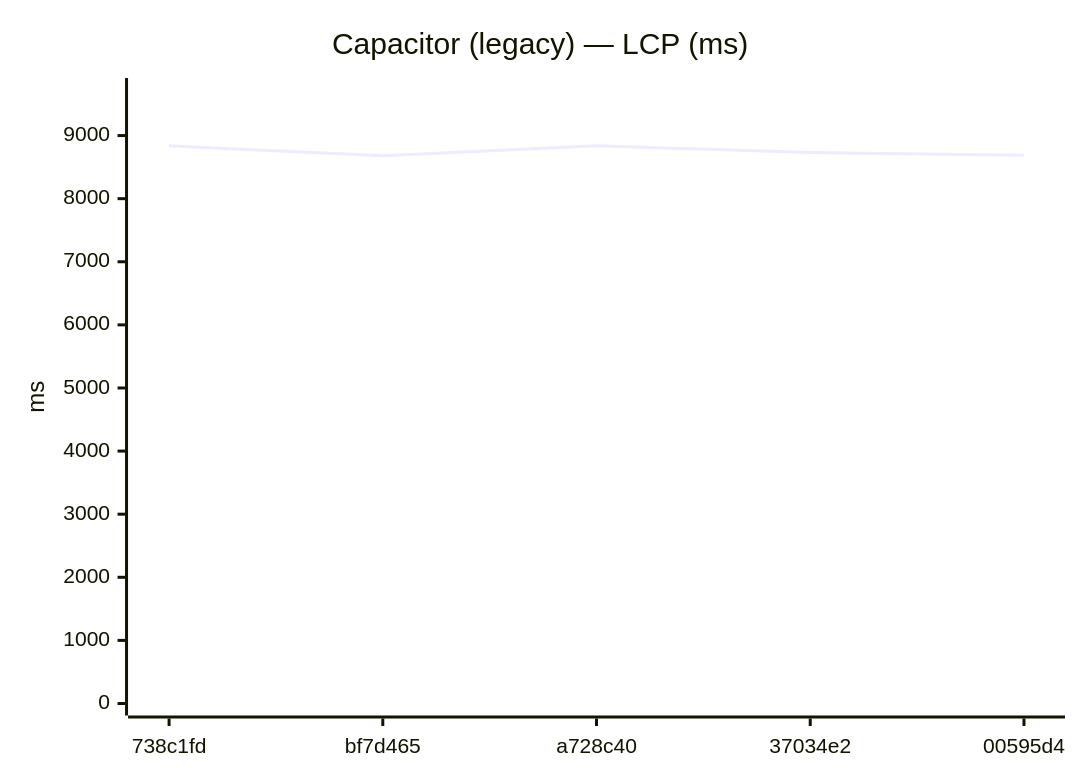
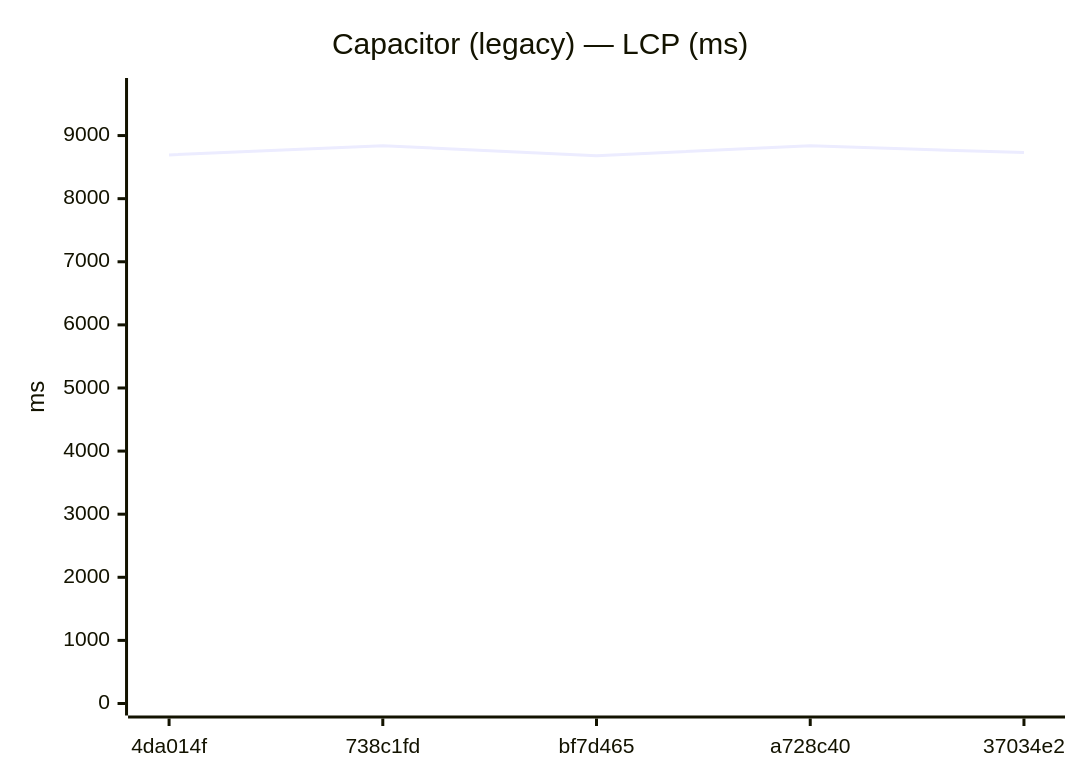
Before and after one commit to Metaheurist/Rianell: diagram 13 of 24 in benchmarks/compare.md, drawn with Mermaid. The commit also changed other lines of this file and 13 other files, not shown here.

````diff
--- a/benchmarks/compare.md
+++ b/benchmarks/compare.md
@@ -194,7 +194,7 @@
 ```mermaid
 xychart-beta
     title "Capacitor (legacy) — LCP (ms)"
-    x-axis ["738c1fd", "bf7d465", "a728c40", "37034e2", "00595d4"]
+    x-axis ["4da014f", "738c1fd", "bf7d465", "a728c40", "37034e2"]
     y-axis "ms" 0 --> 9722
-    line [8838, 8681, 8837, 8731, 8688]
+    line [8693, 8838, 8681, 8837, 8731]
 ```
````
